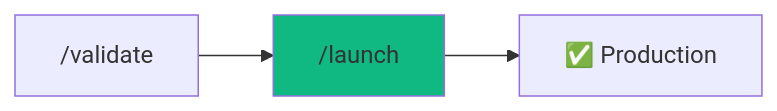
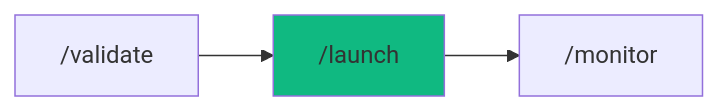
The second of 2 diagrams in .agent/workflows/launch.md (pikakit/agent-skills), drawn with Mermaid before and after one commit. The commit also changed other lines of this file and 272 other files, not shown here.

````diff
--- a/.agent/workflows/launch.md
+++ b/.agent/workflows/launch.md
@@ -337,6 +305,6 @@
 ```mermaid
 graph LR
     A["/validate"] --> B["/launch"]
-    B --> C["✅ Production"]
+    B --> C["/monitor"]
     style B fill:#10b981
 ```
````
